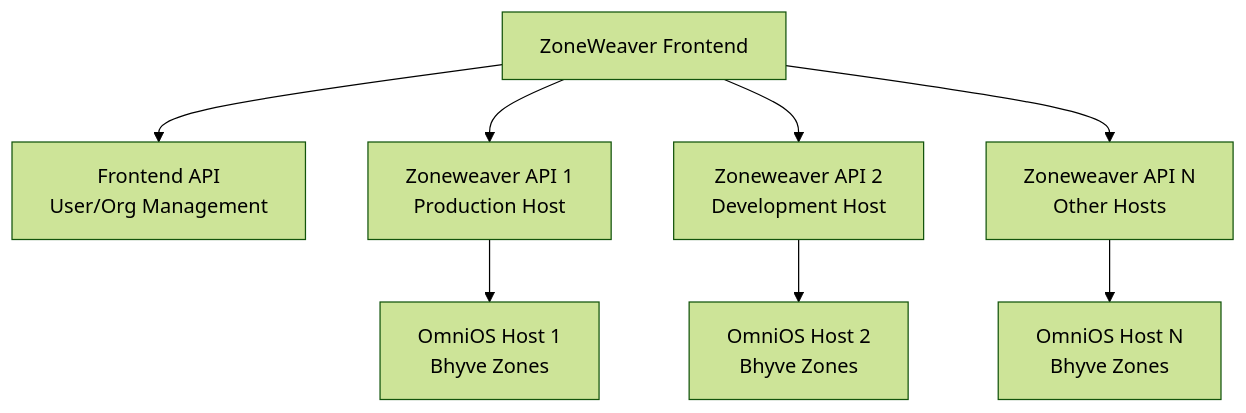
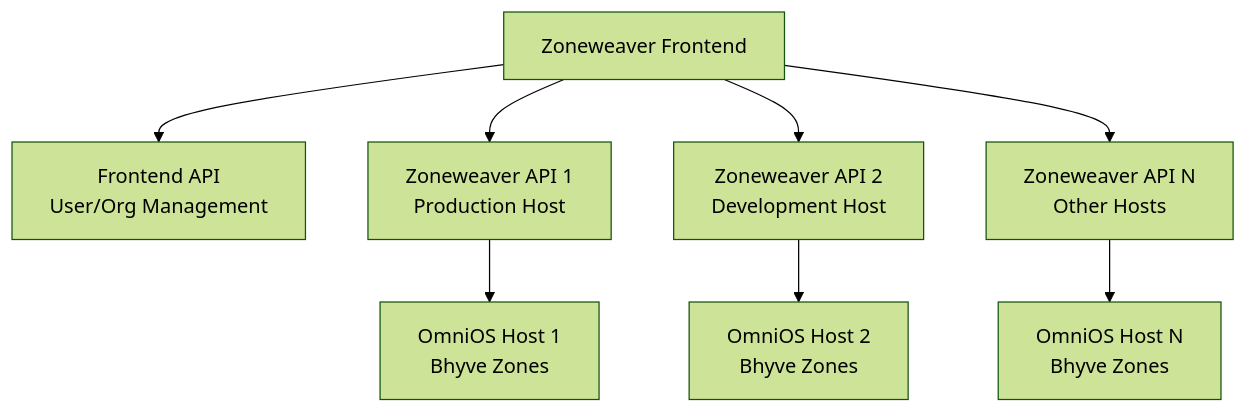
The diagram in docs/guides/backend-integration.md (Makr91/zoneweaver), drawn with Mermaid (forest theme) before and after one commit. The commit also changed other lines of this file and 82 other files, not shown here.

````diff
--- a/docs/guides/backend-integration.md
+++ b/docs/guides/backend-integration.md
@@ -28,10 +28,10 @@
 ```mermaid
 graph TD
-    A[ZoneWeaver Frontend] --> B[Frontend API<br/>User/Org Management];
+    A[Zoneweaver Frontend] --> B[Frontend API<br/>User/Org Management];
     A --> C[Zoneweaver API 1<br/>Production Host];
     A --> D[Zoneweaver API 2<br/>Development Host];
     A --> E[Zoneweaver API N<br/>Other Hosts];
     C --> F[OmniOS Host 1<br/>Bhyve Zones];
     D --> G[OmniOS Host 2<br/>Bhyve Zones];
     E --> H[OmniOS Host N<br/>Bhyve Zones];
 ```
````
